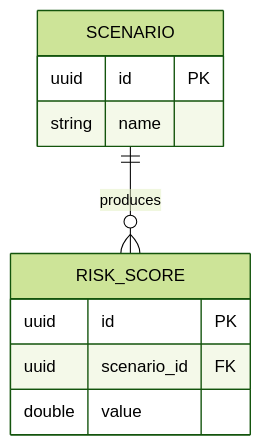
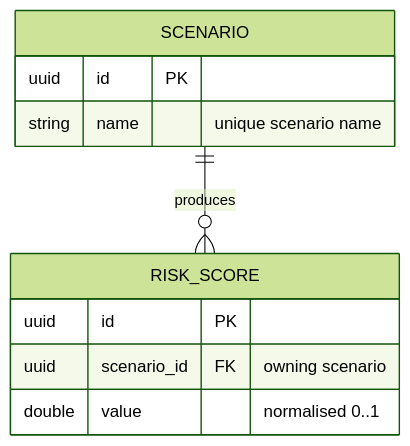
The diagram in skills/mermaid-diagrams/references/er.md (rimvydasb/claude-skills), drawn with Mermaid (forest theme) before and after one commit.

Commit message:
added comments as an example

````diff
--- a/skills/mermaid-diagrams/references/er.md
+++ b/skills/mermaid-diagrams/references/er.md
@@ -8,13 +8,13 @@
 ```mermaid
 erDiagram
     SCENARIO ||--o{ RISK_SCORE : produces
     SCENARIO {
         uuid id PK
-        string name
+        string name "unique scenario name"
     }
     RISK_SCORE {
         uuid id PK
-        uuid scenario_id FK
-        double value
+        uuid scenario_id FK "owning scenario"
+        double value "normalised 0..1"
     }
 ```
````
